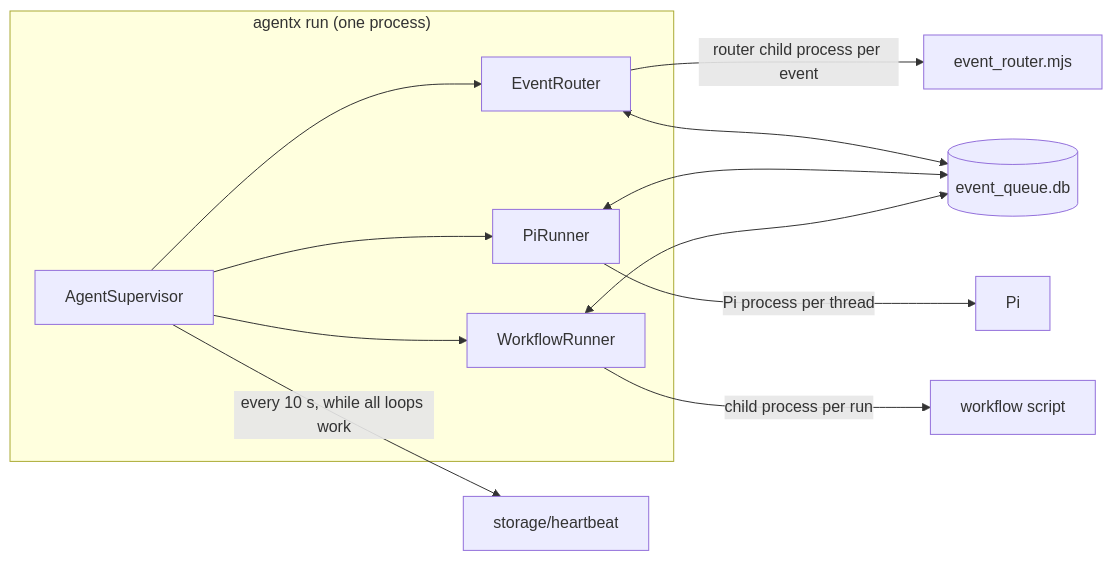
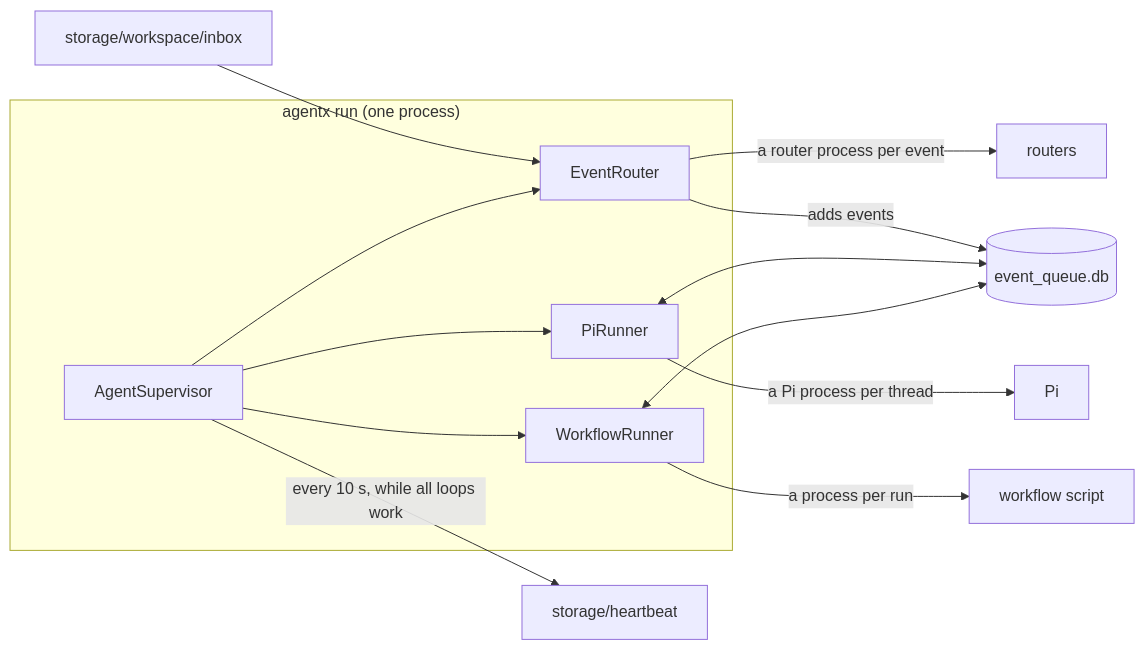
The diagram in docs/architecture/agent-runtime/supervisor/README.md (cognisphere-sh/agent-x), drawn with Mermaid before and after one commit. The commit also changed other lines of this file and 83 other files, not shown here.

First line of the commit message:
feat: agentx serve with a coordinator, inbox and outbox delivery, schedules, and central agent storage

````diff
--- a/docs/architecture/agent-runtime/supervisor/README.md
+++ b/docs/architecture/agent-runtime/supervisor/README.md
@@ -11,16 +11,13 @@
 ```mermaid
 flowchart LR
-  Q[("event_queue.db")]
+  IN["storage/workspace/inbox"] --> ER
   subgraph RUN["agentx run (one process)"]
-    S["AgentSupervisor"]
-    ER["EventRouter"]
-    PR["PiRunner"]
-    WR["WorkflowRunner"]
+    S["AgentSupervisor"] --> ER["EventRouter"] & PR["PiRunner"] & WR["WorkflowRunner"]
   end
-  S --> ER & PR & WR
-  ER -- "router child process per event" --> R["event_router.mjs"]
-  PR -- "Pi process per thread" --> PI["Pi"]
-  WR -- "child process per run" --> W["workflow script"]
-  ER & PR & WR <--> Q
+  ER -- "a router process per event" --> R["routers"]
+  ER -- "adds events" --> Q[("event_queue.db")]
+  PR -- "a Pi process per thread" --> PI["Pi"]
+  WR -- "a process per run" --> W["workflow script"]
+  PR & WR <--> Q
   S -- "every 10 s, while all loops work" --> H["storage/heartbeat"]
 ```
````
